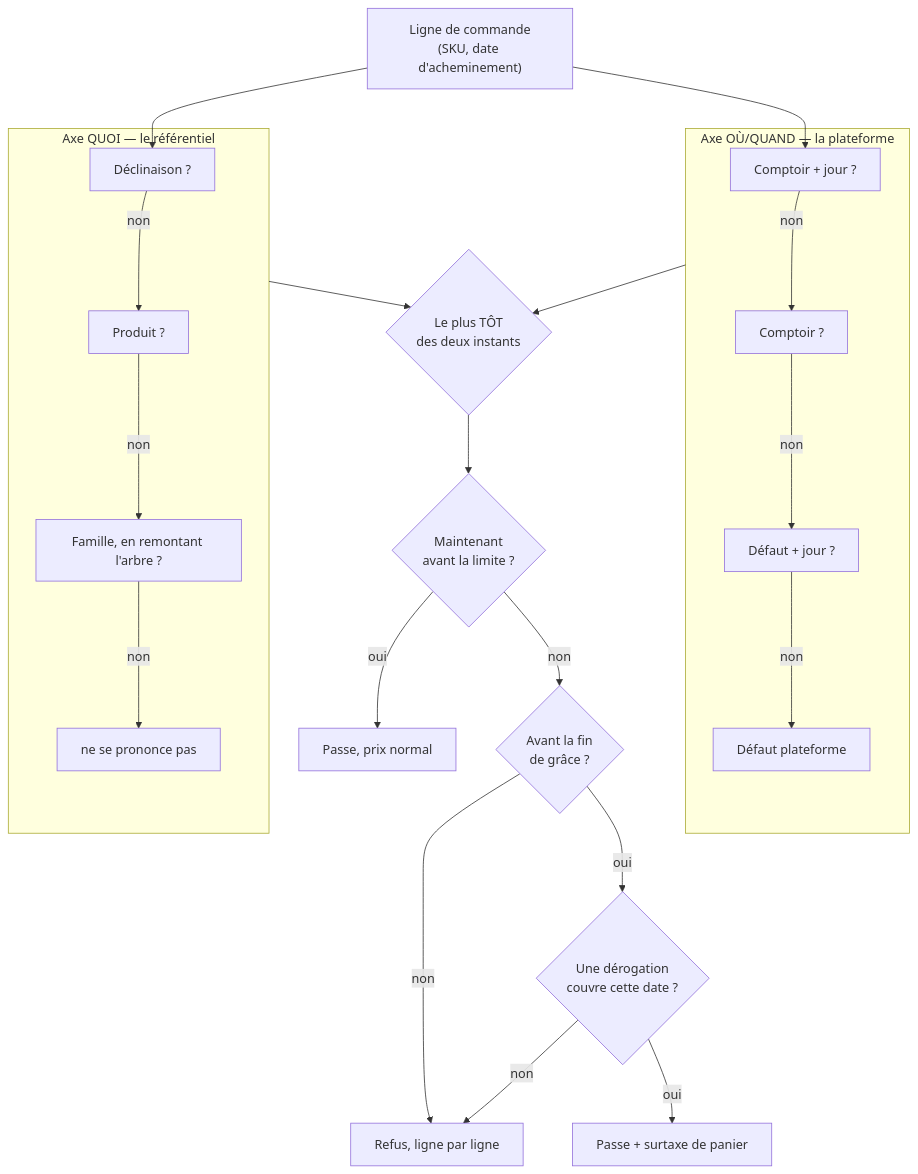
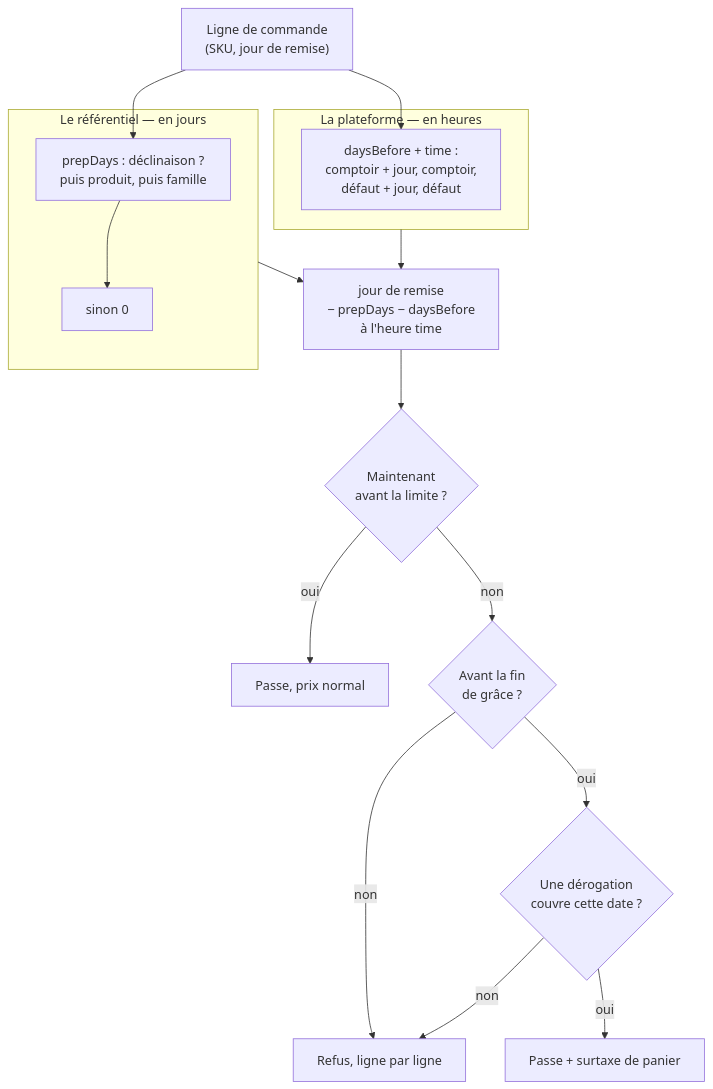
Before and after one commit to hugoheynard/lfd: the diagram in documentation/b2b/architecture-heure-limite-de-commande.md, drawn with Mermaid. The commit also changed other lines of this file and 1 other file, not shown here.

````diff
--- a/documentation/b2b/architecture-heure-limite-de-commande.md
+++ b/documentation/b2b/architecture-heure-limite-de-commande.md
@@ -150,27 +216,23 @@
 ```mermaid
 flowchart TD
-    L["Ligne de commande<br/>(SKU, date d'acheminement)"] --> Q
-    L --> O
+    L["Ligne de commande<br/>(SKU, jour de remise)"] --> A
+    L --> B
 
-    subgraph QUOI["Axe QUOI — le référentiel"]
-        Q["Déclinaison ?"] -->|non| P["Produit ?"]
-        P -->|non| C["Famille, en remontant l'arbre ?"]
-        C -->|non| RIEN["ne se prononce pas"]
+    subgraph CUISINE["Le référentiel — en jours"]
+        A["prepDays : déclinaison ?<br/>puis produit, puis famille"] --> A2["sinon 0"]
     end
 
-    subgraph OU["Axe OÙ/QUAND — la plateforme"]
-        O["Comptoir + jour ?"] -->|non| O2["Comptoir ?"]
-        O2 -->|non| O3["Défaut + jour ?"]
-        O3 -->|non| O4["Défaut plateforme"]
+    subgraph EXPLOIT["La plateforme — en heures"]
+        B["daysBefore + time :<br/>comptoir + jour, comptoir,<br/>défaut + jour, défaut"]
     end
 
-    QUOI --> MIN{"Le plus TÔT<br/>des deux instants"}
-    OU --> MIN
-    MIN --> CMP{"Maintenant<br/>avant la limite ?"}
+    CUISINE --> S["jour de remise<br/>− prepDays − daysBefore<br/>à l'heure time"]
+    EXPLOIT --> S
+    S --> CMP{"Maintenant<br/>avant la limite ?"}
     CMP -->|oui| OK["Passe, prix normal"]
     CMP -->|non| G{"Avant la fin<br/>de grâce ?"}
     G -->|non| KO["Refus, ligne par ligne"]
     G -->|oui| W{"Une dérogation<br/>couvre cette date ?"}
     W -->|non| KO
     W -->|oui| TAX["Passe + surtaxe de panier"]
 ```
````
